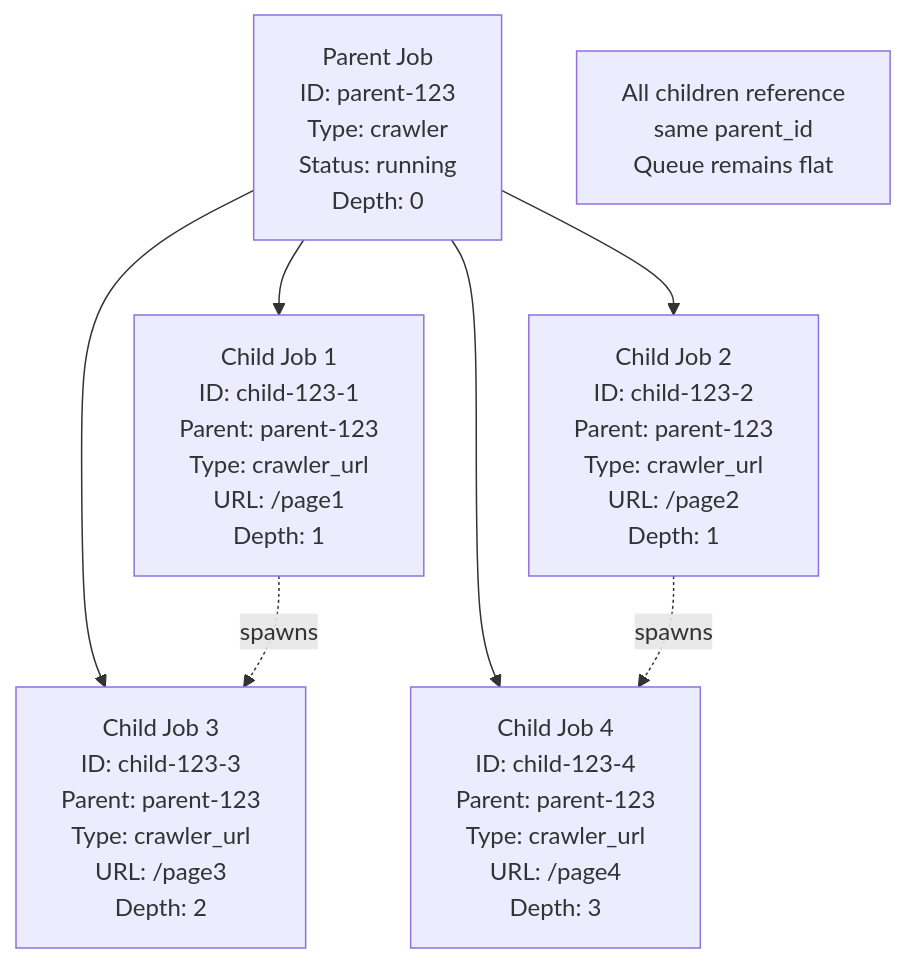
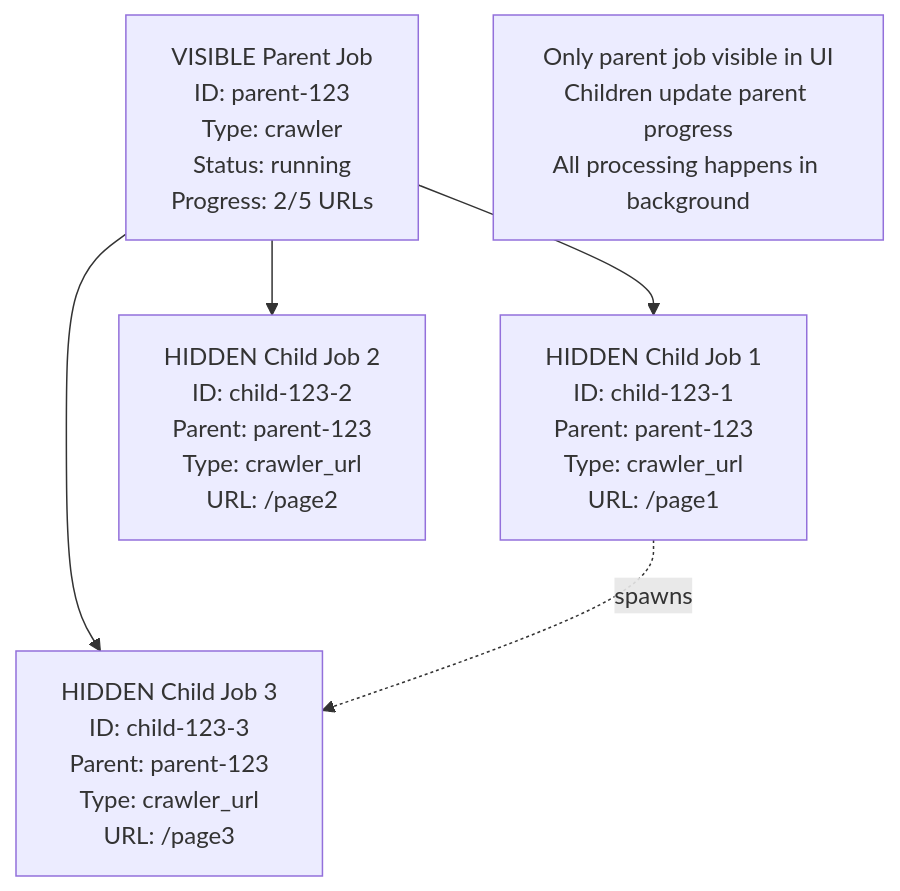
Before and after one commit to ternarybob/quaero: the second of 2 diagrams in .kiro/specs/web-crawler-enhancement/design.md, drawn with Mermaid. The commit also changed other lines of this file and 24 other files, not shown here.

First line of the commit message:
feat(crawler): Enhance crawler job management and UI display

````diff
--- a/.kiro/specs/web-crawler-enhancement/design.md
+++ b/.kiro/specs/web-crawler-enhancement/design.md
@@ -88,22 +90,18 @@
 ```mermaid
 graph TD
-    ParentJob[Parent Job<br/>ID: parent-123<br/>Type: crawler<br/>Status: running<br/>Depth: 0]
+    ParentJob[VISIBLE Parent Job<br/>ID: parent-123<br/>Type: crawler<br/>Status: running<br/>Progress: 2/5 URLs]
     
-    ChildJob1[Child Job 1<br/>ID: child-123-1<br/>Parent: parent-123<br/>Type: crawler_url<br/>URL: /page1<br/>Depth: 1]
+    ChildJob1[HIDDEN Child Job 1<br/>ID: child-123-1<br/>Parent: parent-123<br/>Type: crawler_url<br/>URL: /page1]
     
-    ChildJob2[Child Job 2<br/>ID: child-123-2<br/>Parent: parent-123<br/>Type: crawler_url<br/>URL: /page2<br/>Depth: 1]
+    ChildJob2[HIDDEN Child Job 2<br/>ID: child-123-2<br/>Parent: parent-123<br/>Type: crawler_url<br/>URL: /page2]
     
-    ChildJob3[Child Job 3<br/>ID: child-123-3<br/>Parent: parent-123<br/>Type: crawler_url<br/>URL: /page3<br/>Depth: 2]
-    
-    ChildJob4[Child Job 4<br/>ID: child-123-4<br/>Parent: parent-123<br/>Type: crawler_url<br/>URL: /page4<br/>Depth: 3]
+    ChildJob3[HIDDEN Child Job 3<br/>ID: child-123-3<br/>Parent: parent-123<br/>Type: crawler_url<br/>URL: /page3]
     
     ParentJob --> ChildJob1
     ParentJob --> ChildJob2
     ParentJob --> ChildJob3
-    ParentJob --> ChildJob4
     
     ChildJob1 -.->|spawns| ChildJob3
-    ChildJob2 -.->|spawns| ChildJob4
     
-    note1[All children reference<br/>same parent_id<br/>Queue remains flat]
+    note1[Only parent job visible in UI<br/>Children update parent progress<br/>All processing happens in background]
 ```
````
